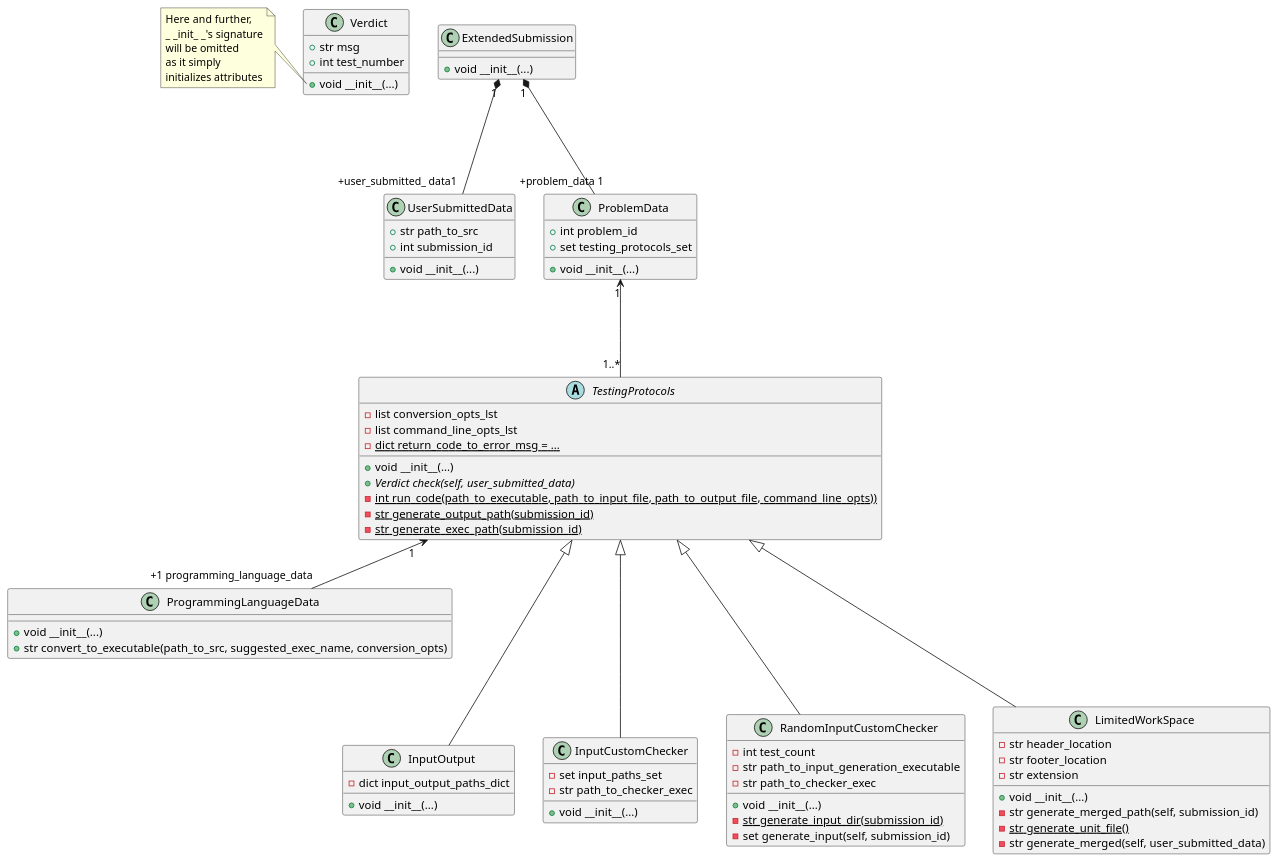
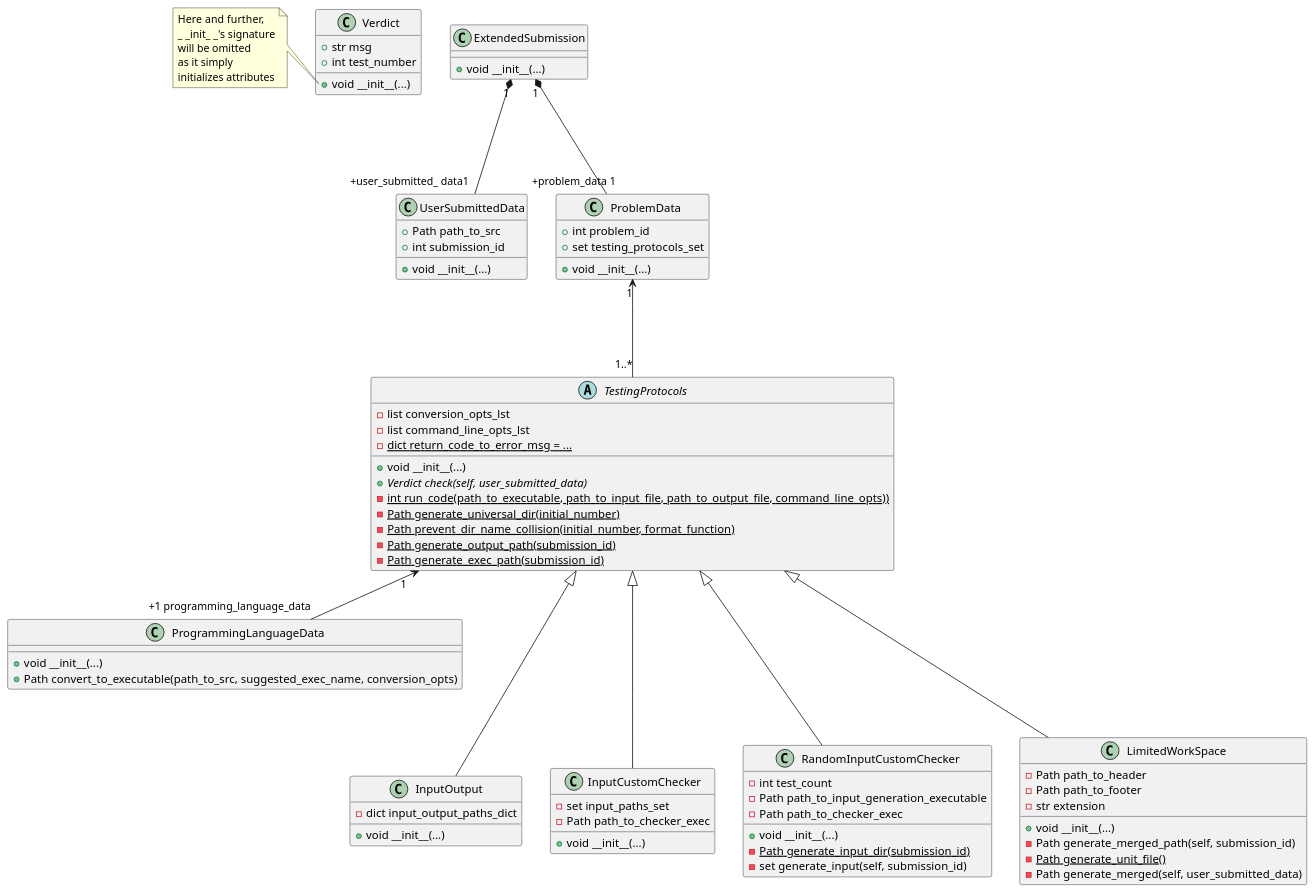
One commit to IgorZhiltsoff/TPy_project changed the diagram in TestingSystem/TestingProtocols/testing_protocols_class_diagram.puml. Above: the diagram before and after it, drawn with PlantUML. The commit also changed 4 other files, not shown here.

Commit message:
Enforced pathlib Started safeguarding files from collisions Made path naming more consistent (got rid of *_location names) Annotated ProgrammingLanguageData

```diff
--- a/TestingSystem/TestingProtocols/testing_protocols_class_diagram.puml
+++ b/TestingSystem/TestingProtocols/testing_protocols_class_diagram.puml
@@ -1,112 +1,114 @@
 @startuml
 'https://plantuml.com/class-diagram
 
 ' ============================ AUX ============================
 
 class Verdict {
     +str msg
     +int test_number
 
     +void __init__(...)
 }
 note left of Verdict::__init__
 Here and further,
 _ _init_ _'s signature
 will be omitted
 as it simply
 initializes attributes
 end note
 
 
 class UserSubmittedData {
-    +str path_to_src
+    +Path path_to_src
     +int submission_id
 
     +void __init__(...)
 }
 
 
 class ProgrammingLanguageData {
         +void __init__(...)
-        +str convert_to_executable(path_to_src, suggested_exec_name, conversion_opts)
+        +Path convert_to_executable(path_to_src, suggested_exec_name, conversion_opts)
 }
 
 
 ' ========================== PROTOCOLS =========================
 
 abstract class TestingProtocols {
     -list conversion_opts_lst
     -list command_line_opts_lst
     -{static} dict return_code_to_error_msg = ...
 
     +void __init__(...)
     +{abstract} Verdict check(self, user_submitted_data)
     -{static} int run_code(path_to_executable, path_to_input_file, path_to_output_file, command_line_opts))
-    -{static} str generate_output_path(submission_id)
-    -{static} str generate_exec_path(submission_id)
+    -{static} Path generate_universal_dir(initial_number)
+    -{static} Path prevent_dir_name_collision(initial_number, format_function)
+    -{static} Path generate_output_path(submission_id)
+    -{static} Path generate_exec_path(submission_id)
 }
 
 TestingProtocols "1" <-- "+1 programming_language_data" ProgrammingLanguageData
 
 class InputOutput {
     -dict input_output_paths_dict
 
     +void __init__(...)
 }
 
 class InputCustomChecker {
     -set input_paths_set
-    -str path_to_checker_exec
+    -Path path_to_checker_exec
 
     +void __init__(...)
 }
 
 class RandomInputCustomChecker {
     -int test_count
-    -str path_to_input_generation_executable
-    -str path_to_checker_exec
+    -Path path_to_input_generation_executable
+    -Path path_to_checker_exec
 
 
     +void __init__(...)
-    -{static} str generate_input_dir(submission_id)
+    -{static} Path generate_input_dir(submission_id)
     -set generate_input(self, submission_id)
 }
 
 class LimitedWorkSpace {
-    -str header_location
-    -str footer_location
+    -Path path_to_header
+    -Path path_to_footer
     -str extension
 
     +void __init__(...)
-    -str generate_merged_path(self, submission_id)
-    -{static} str generate_unit_file()
-    -str generate_merged(self, user_submitted_data)
+    -Path generate_merged_path(self, submission_id)
+    -{static} Path generate_unit_file()
+    -Path generate_merged(self, user_submitted_data)
 }
 
 
 TestingProtocols <|--- InputCustomChecker
 TestingProtocols <|--- RandomInputCustomChecker
 TestingProtocols <|--- LimitedWorkSpace
 TestingProtocols <|--- InputOutput
 
 
 ' ============================ AUX ============================
 
 class ProblemData {
     +int problem_id
     +set testing_protocols_set
 
     +void __init__(...)
 }
 
 ProblemData "1" <--- "1..*" TestingProtocols
 
 
 class ExtendedSubmission {
     +void __init__(...)
 }
 
 ExtendedSubmission "1" *--- "+problem_data 1" ProblemData
 ExtendedSubmission "1" *--- "+user_submitted_ data1" UserSubmittedData
 
 @enduml
```
